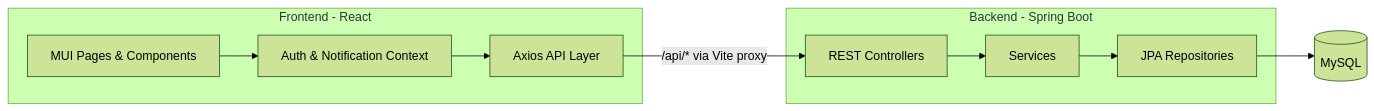
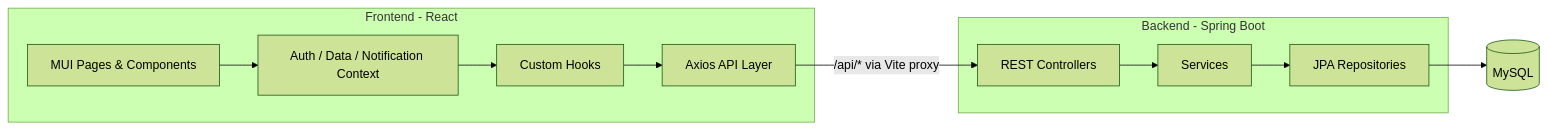
The diagram in README.md (erkanblc/StudyManagerFrontend), drawn with Mermaid (forest theme) before and after one commit. The commit also changed other lines of this file and 4 other files, not shown here.

````diff
--- a/README.md
+++ b/README.md
@@ -117,20 +119,21 @@
 ```mermaid
 flowchart LR
   subgraph client [Frontend - React]
     UI[MUI Pages & Components]
-    CTX[Auth & Notification Context]
+    CTX[Auth / Data / Notification Context]
+    Hooks[Custom Hooks]
     API[Axios API Layer]
   end
 
   subgraph server [Backend - Spring Boot]
     CTRL[REST Controllers]
     SVC[Services]
     REPO[JPA Repositories]
   end
 
   DB[(MySQL)]
 
-  UI --> CTX --> API
+  UI --> CTX --> Hooks --> API
   API -->|"/api/* via Vite proxy"| CTRL
   CTRL --> SVC --> REPO --> DB
 ```
````
